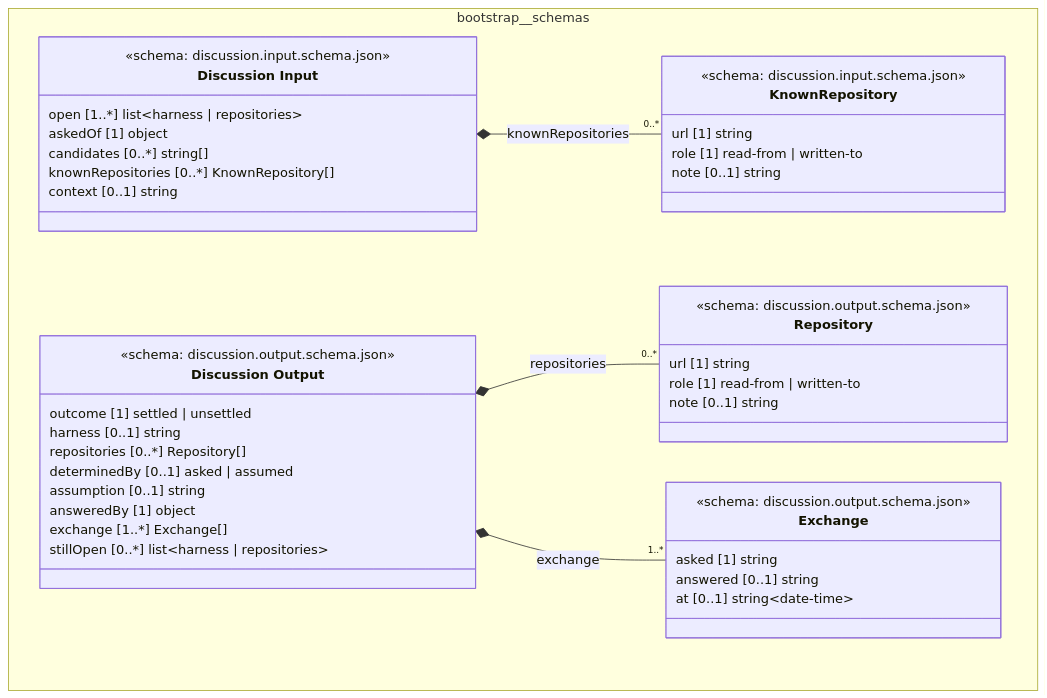
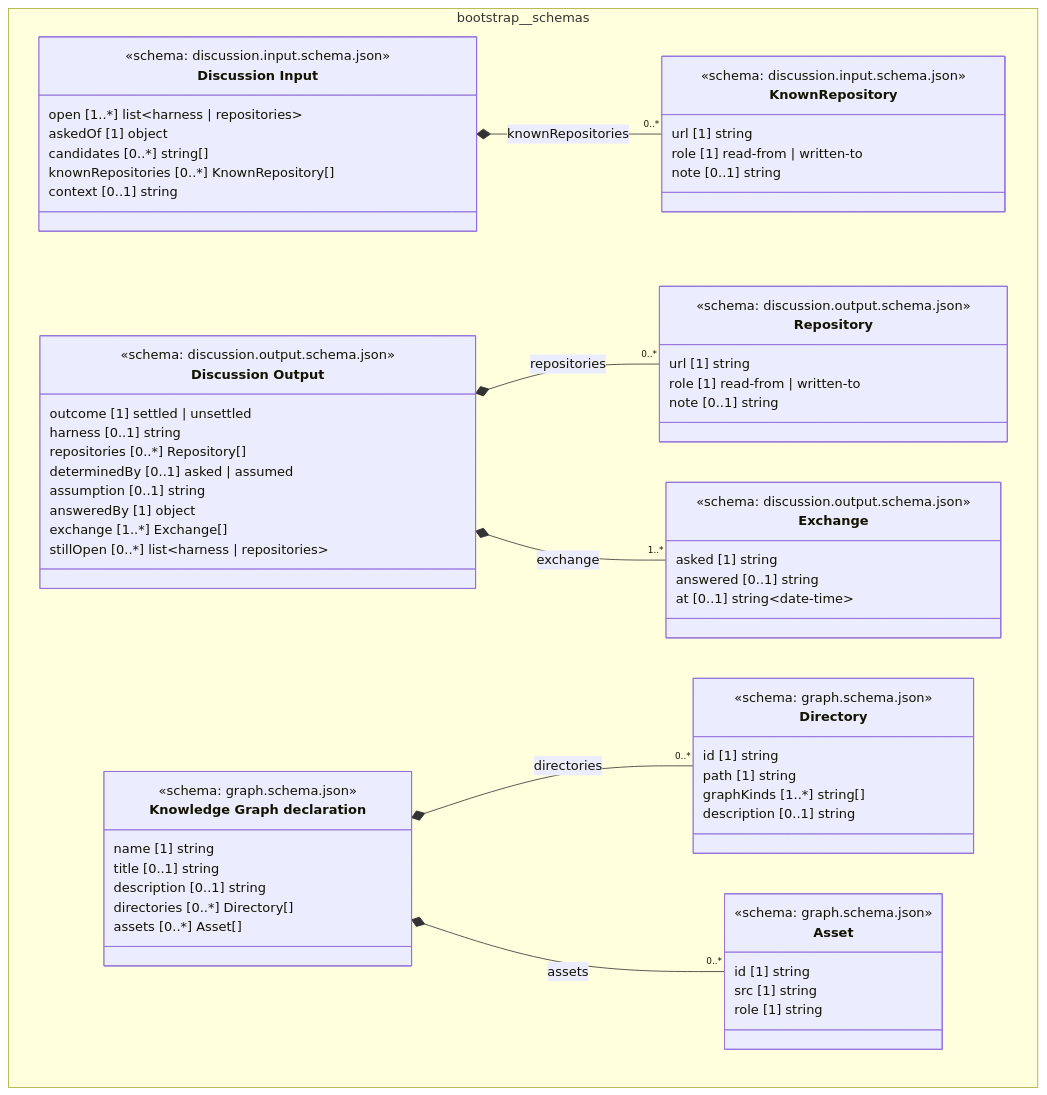
The diagram in cat-harness/uml/overview/bootstrap/schemas.mmd (litlfred/folio-assistant), drawn with Mermaid before and after one commit. The commit also changed 22 other files, not shown here.

```diff
--- a/cat-harness/uml/overview/bootstrap/schemas.mmd
+++ b/cat-harness/uml/overview/bootstrap/schemas.mmd
@@ -1,49 +1,75 @@
 classDiagram
   direction TB
   namespace bootstrap__schemas {
     class bootstrap_schemas_discussion_input_schema_json_KnownRepository["KnownRepository"] {
       <<schema: discussion.input.schema.json>>
       url [1] string
       role [1] read-from | written-to
       note [0..1] string
     }
     class bootstrap_schemas_discussion_input_schema_json_Discussion_Input["Discussion Input"] {
       <<schema: discussion.input.schema.json>>
       open [1..*] list~harness | repositories~
       askedOf [1] object
       candidates [0..*] string[]
       knownRepositories [0..*] KnownRepository[]
       context [0..1] string
     }
     class bootstrap_schemas_discussion_output_schema_json_Repository["Repository"] {
       <<schema: discussion.output.schema.json>>
       url [1] string
       role [1] read-from | written-to
       note [0..1] string
     }
     class bootstrap_schemas_discussion_output_schema_json_Exchange["Exchange"] {
       <<schema: discussion.output.schema.json>>
       asked [1] string
       answered [0..1] string
       at [0..1] string~date-time~
     }
     class bootstrap_schemas_discussion_output_schema_json_Discussion_Output["Discussion Output"] {
       <<schema: discussion.output.schema.json>>
       outcome [1] settled | unsettled
       harness [0..1] string
       repositories [0..*] Repository[]
       determinedBy [0..1] asked | assumed
       assumption [0..1] string
       answeredBy [1] object
       exchange [1..*] Exchange[]
       stillOpen [0..*] list~harness | repositories~
     }
+    class bootstrap_schemas_graph_schema_json_Directory["Directory"] {
+      <<schema: graph.schema.json>>
+      id [1] string
+      path [1] string
+      graphKinds [1..*] string[]
+      description [0..1] string
+    }
+    class bootstrap_schemas_graph_schema_json_Asset["Asset"] {
+      <<schema: graph.schema.json>>
+      id [1] string
+      src [1] string
+      role [1] string
+    }
+    class bootstrap_schemas_graph_schema_json_Knowledge_Graph_declaration["Knowledge Graph declaration"] {
+      <<schema: graph.schema.json>>
+      name [1] string
+      title [0..1] string
+      description [0..1] string
+      directories [0..*] Directory[]
+      assets [0..*] Asset[]
+    }
   }
   bootstrap_schemas_discussion_input_schema_json_Discussion_Input *-- "0..*" bootstrap_schemas_discussion_input_schema_json_KnownRepository : knownRepositories
   bootstrap_schemas_discussion_output_schema_json_Discussion_Output *-- "0..*" bootstrap_schemas_discussion_output_schema_json_Repository : repositories
   bootstrap_schemas_discussion_output_schema_json_Discussion_Output *-- "1..*" bootstrap_schemas_discussion_output_schema_json_Exchange : exchange
+  bootstrap_schemas_graph_schema_json_Knowledge_Graph_declaration *-- "0..*" bootstrap_schemas_graph_schema_json_Directory : directories
+  bootstrap_schemas_graph_schema_json_Knowledge_Graph_declaration *-- "0..*" bootstrap_schemas_graph_schema_json_Asset : assets
   cssClass "bootstrap_schemas_discussion_input_schema_json_KnownRepository" fa_uml_kind_schemas
   cssClass "bootstrap_schemas_discussion_input_schema_json_Discussion_Input" fa_uml_kind_schemas
   cssClass "bootstrap_schemas_discussion_output_schema_json_Repository" fa_uml_kind_schemas
   cssClass "bootstrap_schemas_discussion_output_schema_json_Exchange" fa_uml_kind_schemas
   cssClass "bootstrap_schemas_discussion_output_schema_json_Discussion_Output" fa_uml_kind_schemas
+  cssClass "bootstrap_schemas_graph_schema_json_Directory" fa_uml_kind_schemas
+  cssClass "bootstrap_schemas_graph_schema_json_Asset" fa_uml_kind_schemas
+  cssClass "bootstrap_schemas_graph_schema_json_Knowledge_Graph_declaration" fa_uml_kind_schemas
```
